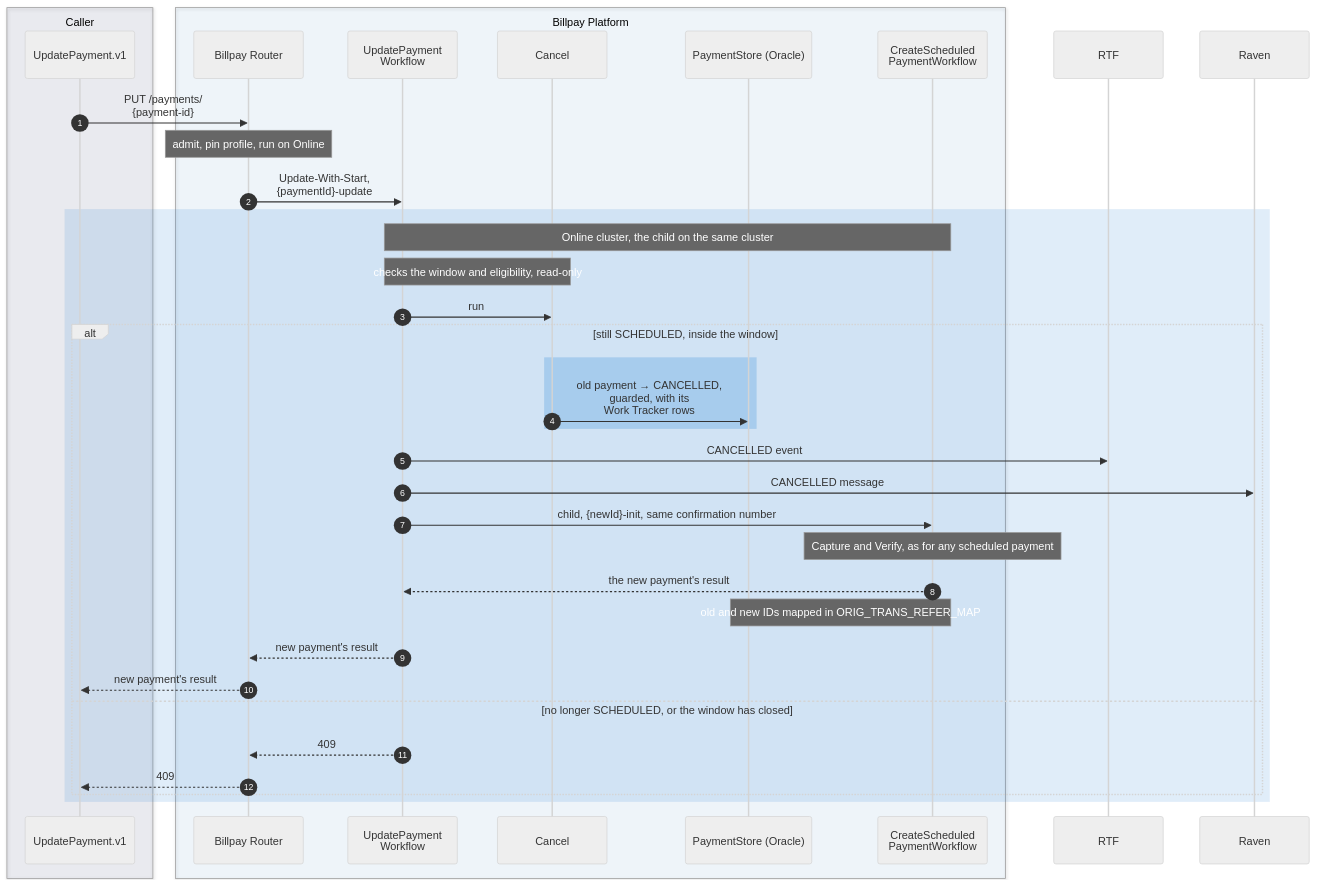
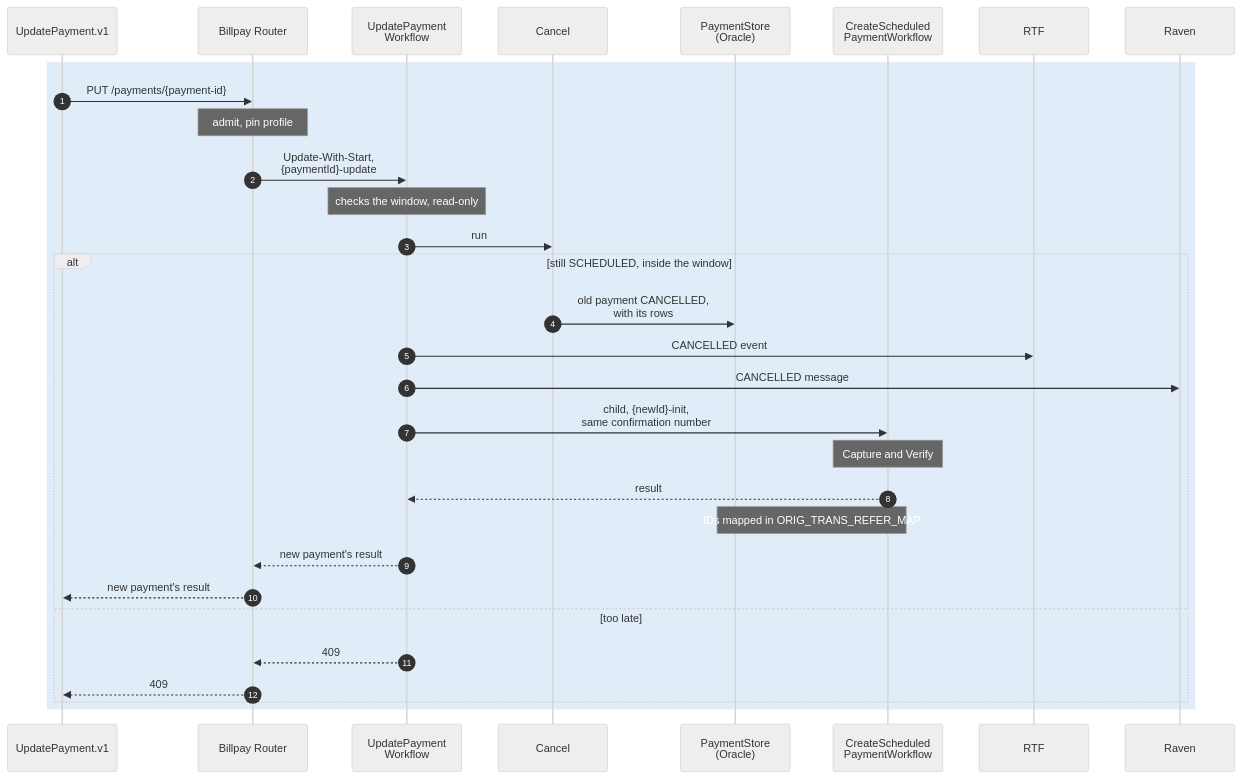
Before and after one commit to arunav-bhattacharya/billpay-book: the fifth of 16 diagrams in website/docs/design/sequence-diagrams.md, drawn with Mermaid (neutral theme). The commit also changed other lines of this file and 43 other files, not shown here.

First line of the commit message:
One sequence-diagram style; journeys editable as YAML

````diff
--- a/website/docs/design/sequence-diagrams.md
+++ b/website/docs/design/sequence-diagrams.md
@@ -386,50 +305,40 @@
 ```mermaid
 ---
 config:
   fontFamily: "BentonSansUI, Helvetica, Arial, sans-serif"
   fontSize: 15
 ---
 sequenceDiagram
   autonumber
 
-  box rgba(0,23,90,0.07) Caller
-    participant OD as UpdatePayment.v1
-  end
-
-  box rgba(0,111,207,0.05) Billpay Platform
-    participant R as Billpay Router
-    participant UW as UpdatePayment<br/>Workflow
-    participant CAN as Cancel
-    participant PS as PaymentStore (Oracle)
-    participant CW as CreateScheduled<br/>PaymentWorkflow
-  end
-
+  participant OD as UpdatePayment.v1
+  participant R as Billpay Router
+  participant UW as UpdatePayment<br/>Workflow
+  participant CAN as Cancel
+  participant PS as PaymentStore<br/>(Oracle)
+  participant CW as CreateScheduled<br/>PaymentWorkflow
   participant RTF
   participant RAV as Raven
 
-  OD->>R: PUT /payments/<br/>{payment-id}
-  Note over R: admit, pin profile, run on Online
-  R->>UW: Update-With-Start,<br/>{paymentId}-update
-
   rect rgba(0,111,207,0.12)
-    Note over UW,CW: Online cluster, the child on the same cluster
-    Note over UW,CAN: checks the window and eligibility, read-only
+    OD->>R: PUT /payments/{payment-id}
+    Note over R: admit, pin profile
+    R->>UW: Update-With-Start,<br/>{paymentId}-update
+    Note over UW: checks the window, read-only
     UW->>CAN: run
     alt still SCHEDULED, inside the window
-      rect rgba(102,169,226,0.40)
-        CAN->>PS: old payment → CANCELLED,<br/>guarded, with its<br/>Work Tracker rows
-      end
+      CAN->>PS: old payment CANCELLED,<br/>with its rows
       UW->>RTF: CANCELLED event
       UW->>RAV: CANCELLED message
-      UW->>CW: child, {newId}-init, same confirmation number
-      Note over CW: Capture and Verify, as for any scheduled payment
-      CW-->>UW: the new payment's result
-      Note over PS,CW: old and new IDs mapped in ORIG_TRANS_REFER_MAP
+      UW->>CW: child, {newId}-init,<br/>same confirmation number
+      Note over CW: Capture and Verify
+      CW-->>UW: result
+      Note over PS,CW: IDs mapped in ORIG_TRANS_REFER_MAP
       UW-->>R: new payment's result
       R-->>OD: new payment's result
-    else no longer SCHEDULED, or the window has closed
+    else too late
       UW-->>R: 409
       R-->>OD: 409
     end
   end
 ```
````
